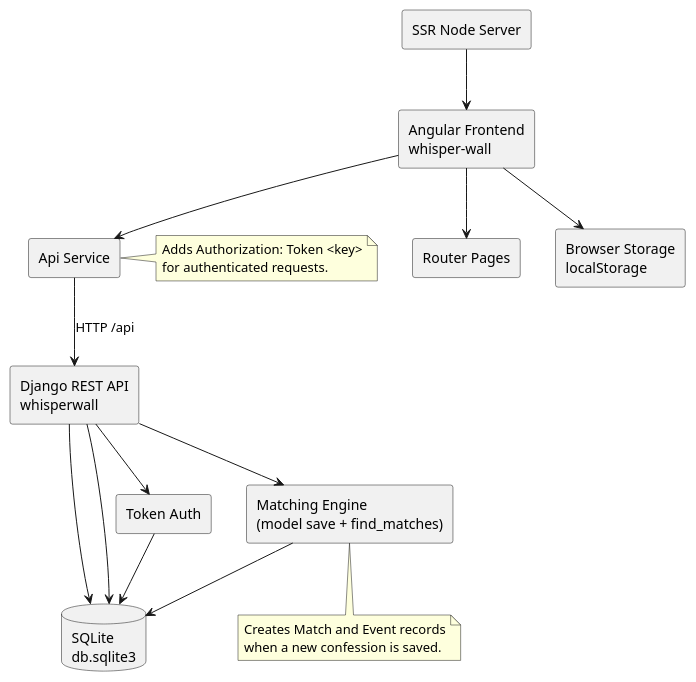
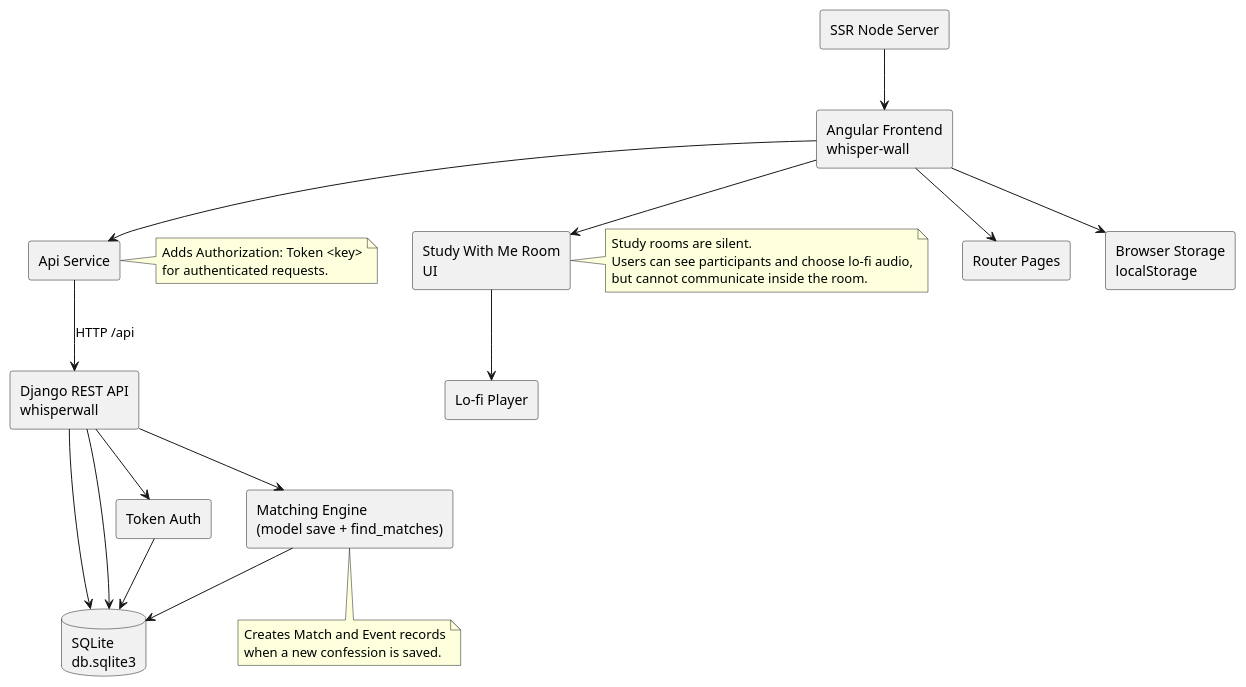
The diagram in documentation/uml-component-diagram.puml (Ghofranz/anti_depression), drawn with PlantUML before and after one commit. The commit also changed 70 other files, not shown here.

```diff
--- a/documentation/uml-component-diagram.puml
+++ b/documentation/uml-component-diagram.puml
@@ -1,37 +1,47 @@
 @startuml
 skinparam componentStyle rectangle
 skinparam shadowing false
 
 component "Angular Frontend\nwhisper-wall" as FE
 component "Router Pages" as RP
 component "Api Service" as API
+component "Study With Me Room\nUI" as STUDY
+component "Lo-fi Player" as LOFI
 component "Django REST API\nwhisperwall" as BE
 component "Token Auth" as AUTH
 component "Matching Engine\n(model save + find_matches)" as MATCH
 database "SQLite\ndb.sqlite3" as DB
 component "Browser Storage\nlocalStorage" as LS
 component "SSR Node Server" as SSR
 
 FE --> RP
 FE --> API
+FE --> STUDY
+STUDY --> LOFI
 FE --> LS
 SSR --> FE
 API --> BE : HTTP /api
 BE --> AUTH
 BE --> MATCH
 BE --> DB
 MATCH --> DB
 AUTH --> DB
 BE --> DB
 
 note right of API
 Adds Authorization: Token <key>
 for authenticated requests.
 end note
 
+note right of STUDY
+Study rooms are silent.
+Users can see participants and choose lo-fi audio,
+but cannot communicate inside the room.
+end note
+
 note bottom of MATCH
 Creates Match and Event records
 when a new confession is saved.
 end note
 
 @enduml
```
